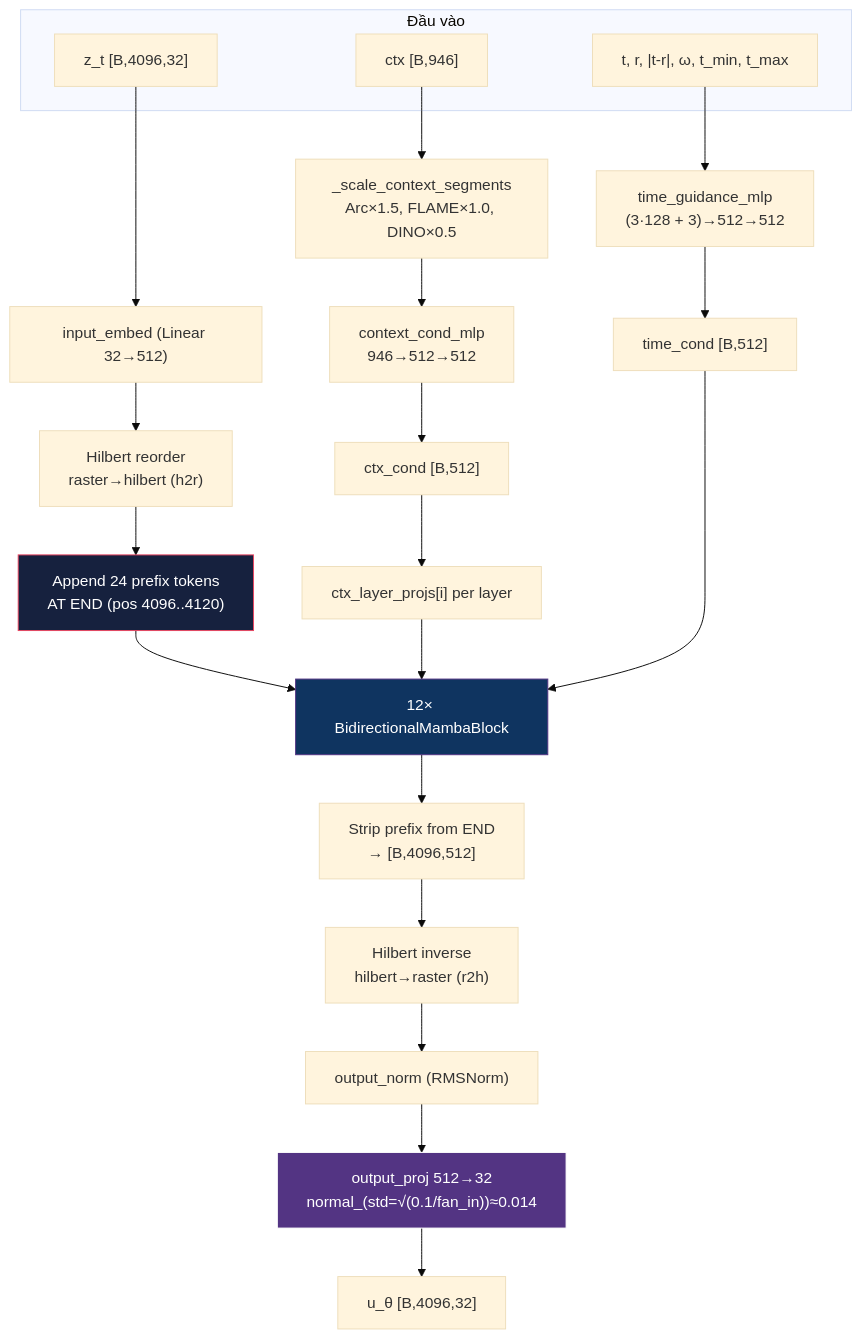
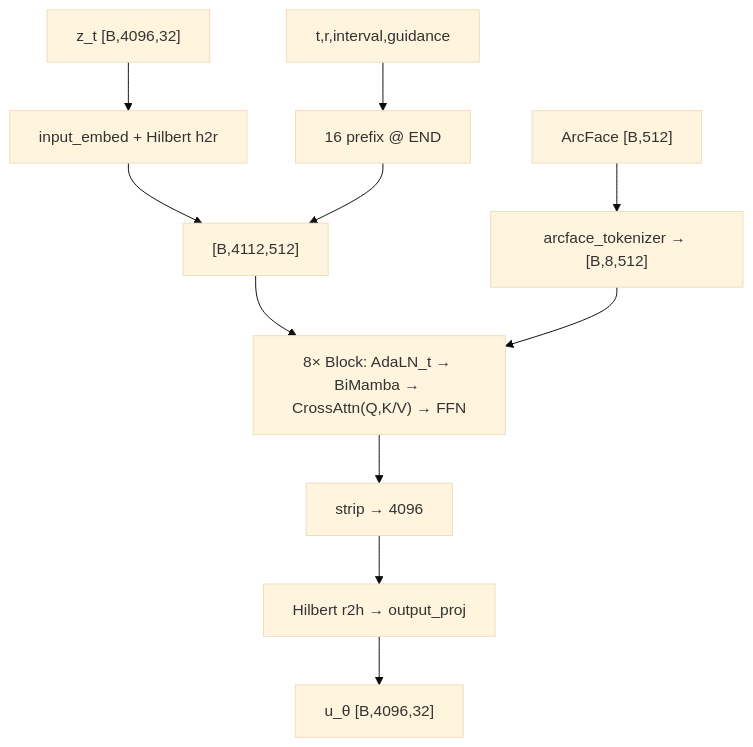
Before and after one commit to HoangNguyennnnnnn/DATN: the diagram in Bao_cao_FaceDiff_ChiTiet.md, drawn with Mermaid (base theme). The commit also changed other lines of this file and 1 other file, not shown here.

First line of the commit message:
docs: update FaceDiff report and VoxelMamba architecture to v8 lite

````diff
--- a/Bao_cao_FaceDiff_ChiTiet.md
+++ b/Bao_cao_FaceDiff_ChiTiet.md
@@ -696,34 +688,13 @@
 ```mermaid
-graph TD
-    subgraph INPUTS["Đầu vào"]
-        Z["z_t [B,4096,32]"]
-        CTX["ctx [B,946]"]
-        T["t, r, |t-r|, ω, t_min, t_max"]
-    end
-
-    Z --> EMB["input_embed (Linear 32→512)"]
-    EMB --> HIL["Hilbert reorder<br/>raster→hilbert (h2r)"]
-
-    CTX --> SCALE["_scale_context_segments<br/>Arc×1.5, FLAME×1.0, DINO×0.5"]
-    SCALE --> CTXMLP["context_cond_mlp<br/>946→512→512"]
-    CTXMLP --> CTXCOND["ctx_cond [B,512]"]
-
-    T --> TIMEMLP["time_guidance_mlp<br/>(3·128 + 3)→512→512"]
-    TIMEMLP --> TIMECOND["time_cond [B,512]"]
-
-    HIL --> PREP["Append 24 prefix tokens<br/>AT END (pos 4096..4120)"]
-    PREP --> STACK["12× BidirectionalMambaBlock"]
-    CTXCOND --> CTXPROJ["ctx_layer_projs[i] per layer"]
-    CTXPROJ --> STACK
-    TIMECOND --> STACK
-
-    STACK --> STRIP["Strip prefix from END<br/>→ [B,4096,512]"]
-    STRIP --> HILINV["Hilbert inverse<br/>hilbert→raster (r2h)"]
-    HILINV --> OUTN["output_norm (RMSNorm)"]
-    OUTN --> OUTP["output_proj 512→32<br/>normal_(std=√(0.1/fan_in))≈0.014"]
-    OUTP --> U["u_θ [B,4096,32]"]
-
-    style STACK fill:#0f3460,stroke:#533483,color:#fff
-    style PREP fill:#16213e,stroke:#e94560,color:#fff
-    style OUTP fill:#533483,stroke:#fff,color:#fff
+flowchart TD
+    Z["z_t [B,4096,32]"] --> EMB["input_embed + Hilbert h2r"]
+    ARC["ArcFace [B,512]"] --> TOK["arcface_tokenizer → [B,8,512]"]
+    T["t,r,interval,guidance"] --> PRE["16 prefix @ END"]
+    EMB --> SEQ["[B,4112,512]"]
+    PRE --> SEQ
+    SEQ --> L8["8× Block: AdaLN_t → BiMamba → CrossAttn(Q,K/V) → FFN"]
+    TOK --> L8
+    L8 --> STRIP["strip → 4096"]
+    STRIP --> INV["Hilbert r2h → output_proj"]
+    INV --> U["u_θ [B,4096,32]"]
 ```
````
